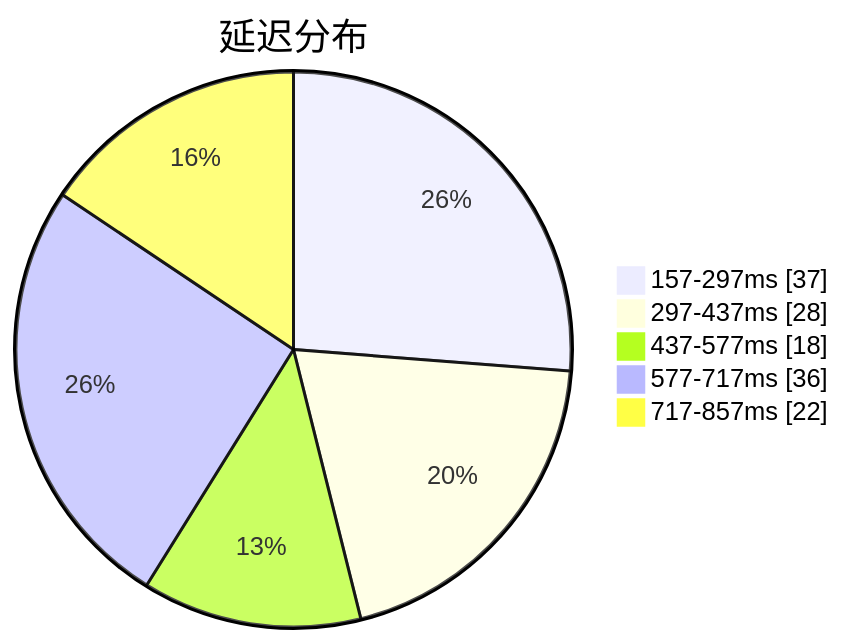
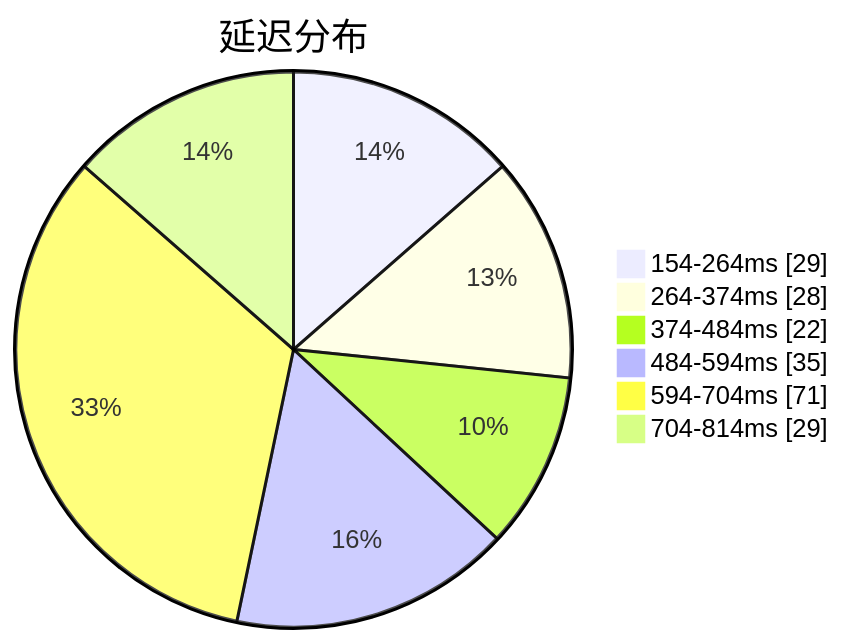
One commit to qjlxg/airport changed the first of 3 diagrams in subs/statistics/tested_within.md. Above: the diagram before and after it, drawn with Mermaid. The commit also changed other lines of this file and 2 other files, not shown here.

Commit message:
Tested by metaST

````diff
--- a/subs/statistics/tested_within.md
+++ b/subs/statistics/tested_within.md
@@ -2,9 +2,10 @@
 ```mermaid
 pie showData
 title 延迟分布
-"157-297ms" : 37
-"297-437ms" : 28
-"437-577ms" : 18
-"577-717ms" : 36
-"717-857ms" : 22
+"154-264ms" : 29
+"264-374ms" : 28
+"374-484ms" : 22
+"484-594ms" : 35
+"594-704ms" : 71
+"704-814ms" : 29
 ```
````
